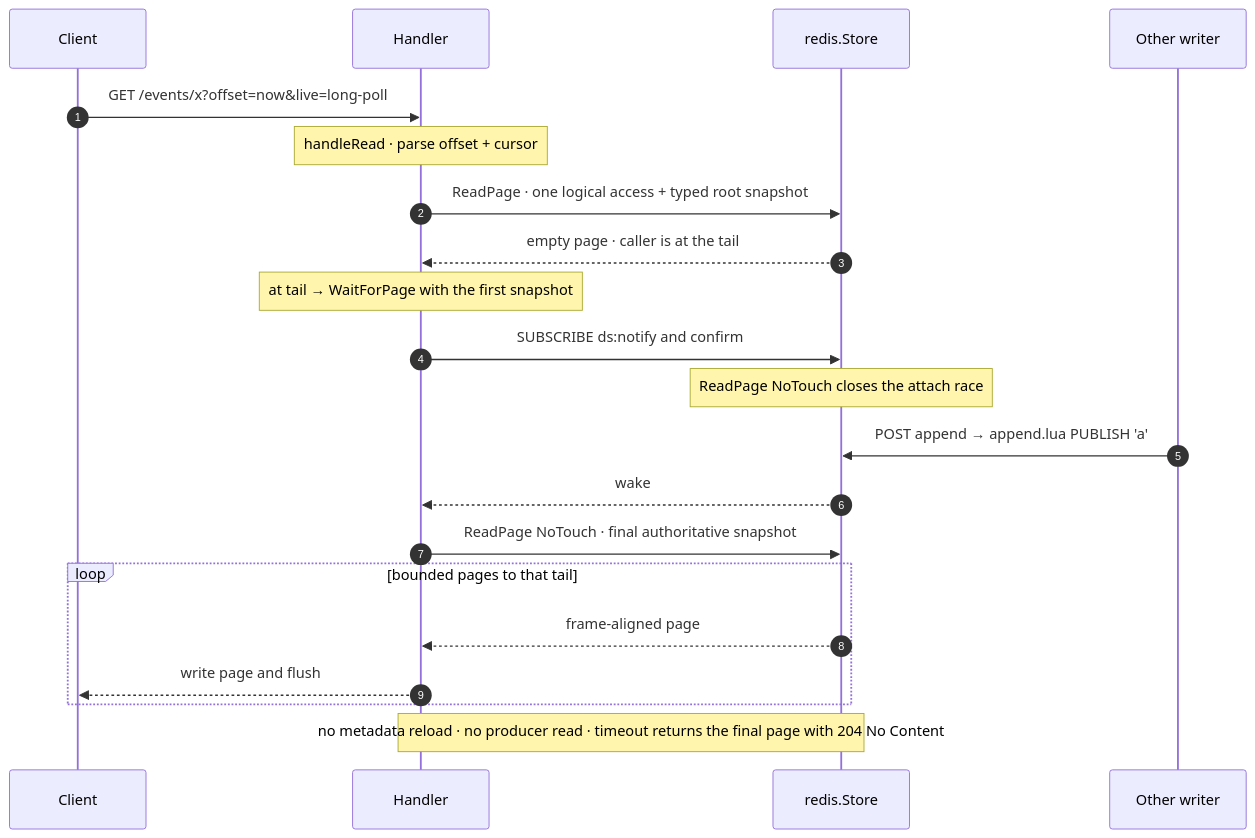
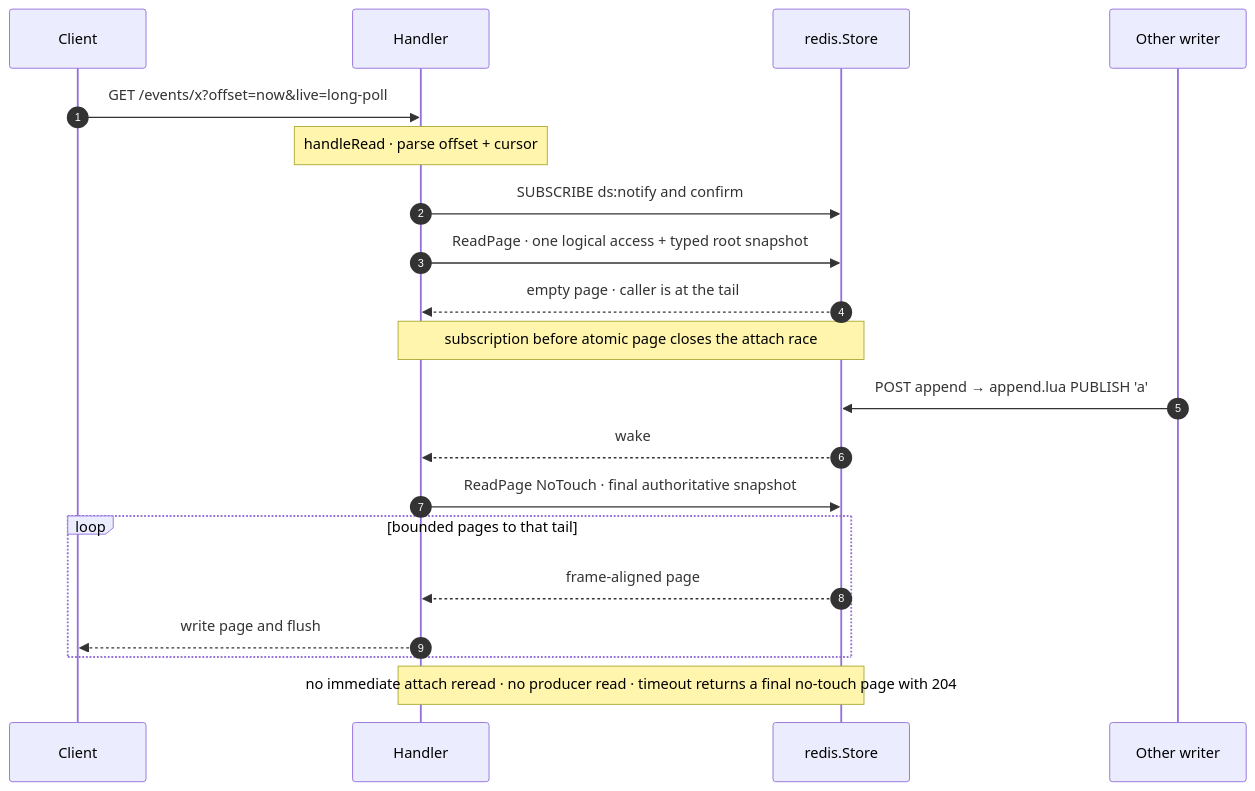
Before and after one commit to adityavkk/chronicle: the diagram in docs-site/diagrams/seq-trace-read.mmd, drawn with Mermaid. The commit also changed 42 other files, not shown here.

```diff
--- a/docs-site/diagrams/seq-trace-read.mmd
+++ b/docs-site/diagrams/seq-trace-read.mmd
@@ -1,21 +1,20 @@
 sequenceDiagram
     autonumber
     participant C as Client
     participant H as Handler
     participant S as redis.Store
     participant P as Other writer
     C->>H: GET /events/x?offset=now&live=long-poll
     Note over H: handleRead · parse offset + cursor
+    H->>S: SUBSCRIBE ds:notify and confirm
     H->>S: ReadPage · one logical access + typed root snapshot
     S-->>H: empty page · caller is at the tail
-    Note over H: at tail → WaitForPage with the first snapshot
-    H->>S: SUBSCRIBE ds:notify and confirm
-    Note over S: ReadPage NoTouch closes the attach race
+    Note over H,S: subscription before atomic page closes the attach race
     P->>S: POST append → append.lua PUBLISH 'a'
     S-->>H: wake
     H->>S: ReadPage NoTouch · final authoritative snapshot
     loop bounded pages to that tail
         S-->>H: frame-aligned page
         H-->>C: write page and flush
     end
-    Note over H,S: no metadata reload · no producer read · timeout returns the final page with 204 No Content
+    Note over H,S: no immediate attach reread · no producer read · timeout returns a final no-touch page with 204
```
